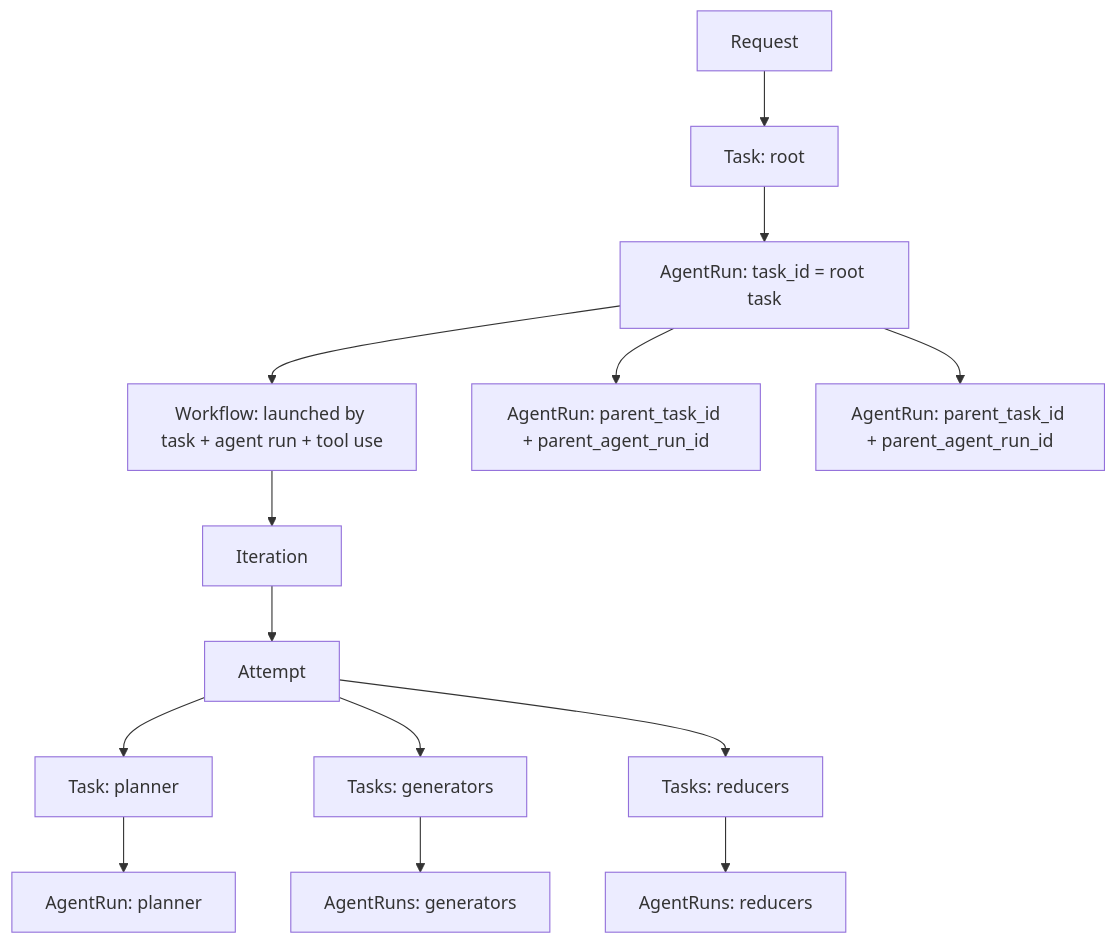
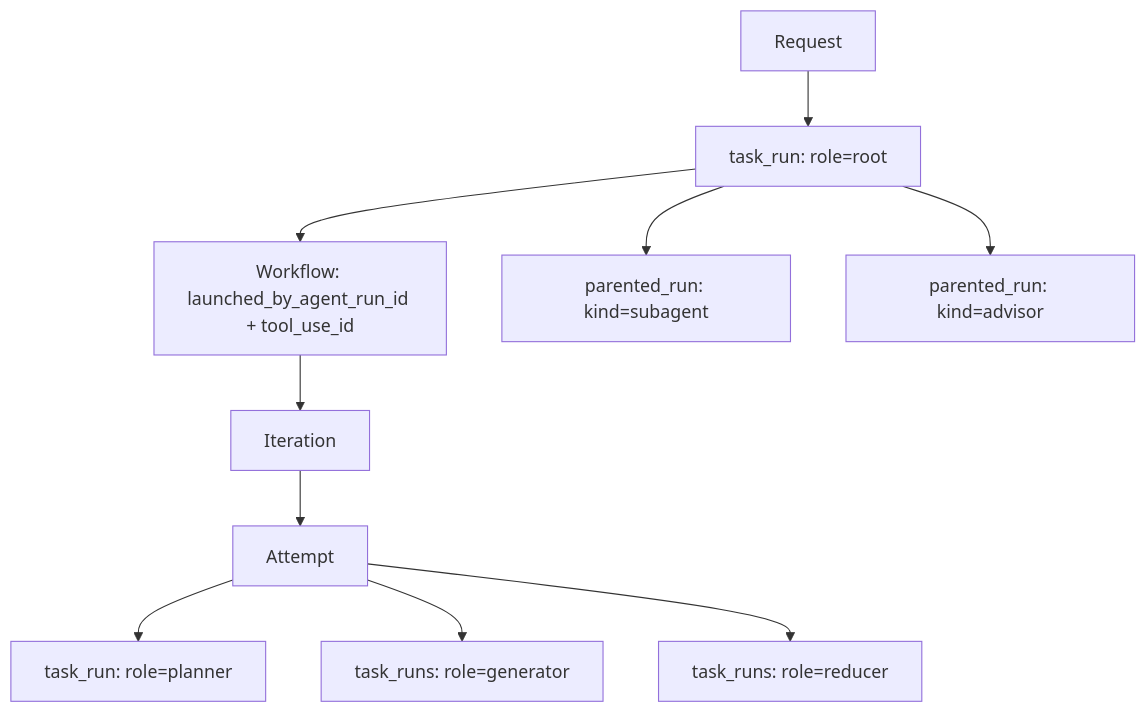
The first of 2 diagrams in docs/plans/agent-core-workspace-architecture-rules/phase-03b-execution-lineage-materialization_SPEC.md (Ephemeral-AI-Lab/ephemeral-os), drawn with Mermaid before and after one commit. The commit also changed other lines of this file and 228 other files, not shown here.

````diff
--- a/docs/plans/agent-core-workspace-architecture-rules/phase-03b-execution-lineage-materialization_SPEC.md
+++ b/docs/plans/agent-core-workspace-architecture-rules/phase-03b-execution-lineage-materialization_SPEC.md
@@ -47,20 +87,15 @@
 ```mermaid
 flowchart TD
-    Request["Request"] --> RootTask["Task: root"]
-    RootTask --> RootRun["AgentRun: task_id = root task"]
+    Request["Request"] --> RootRun["task_run: role=root"]
 
-    RootRun --> Workflow["Workflow: launched by task + agent run + tool use"]
+    RootRun --> Workflow["Workflow: launched_by_agent_run_id + tool_use_id"]
     Workflow --> Iteration["Iteration"]
     Iteration --> Attempt["Attempt"]
 
-    Attempt --> PlannerTask["Task: planner"]
-    Attempt --> GeneratorTasks["Tasks: generators"]
-    Attempt --> ReducerTasks["Tasks: reducers"]
+    Attempt --> PlannerRun["task_run: role=planner"]
+    Attempt --> GeneratorRuns["task_runs: role=generator"]
+    Attempt --> ReducerRuns["task_runs: role=reducer"]
 
-    PlannerTask --> PlannerRun["AgentRun: planner"]
-    GeneratorTasks --> GeneratorRuns["AgentRuns: generators"]
-    ReducerTasks --> ReducerRuns["AgentRuns: reducers"]
-
-    RootRun --> SubagentRun["AgentRun: parent_task_id + parent_agent_run_id"]
-    RootRun --> AdvisorRun["AgentRun: parent_task_id + parent_agent_run_id"]
+    RootRun --> SubagentRun["parented_run: kind=subagent"]
+    RootRun --> AdvisorRun["parented_run: kind=advisor"]
 ```
````
